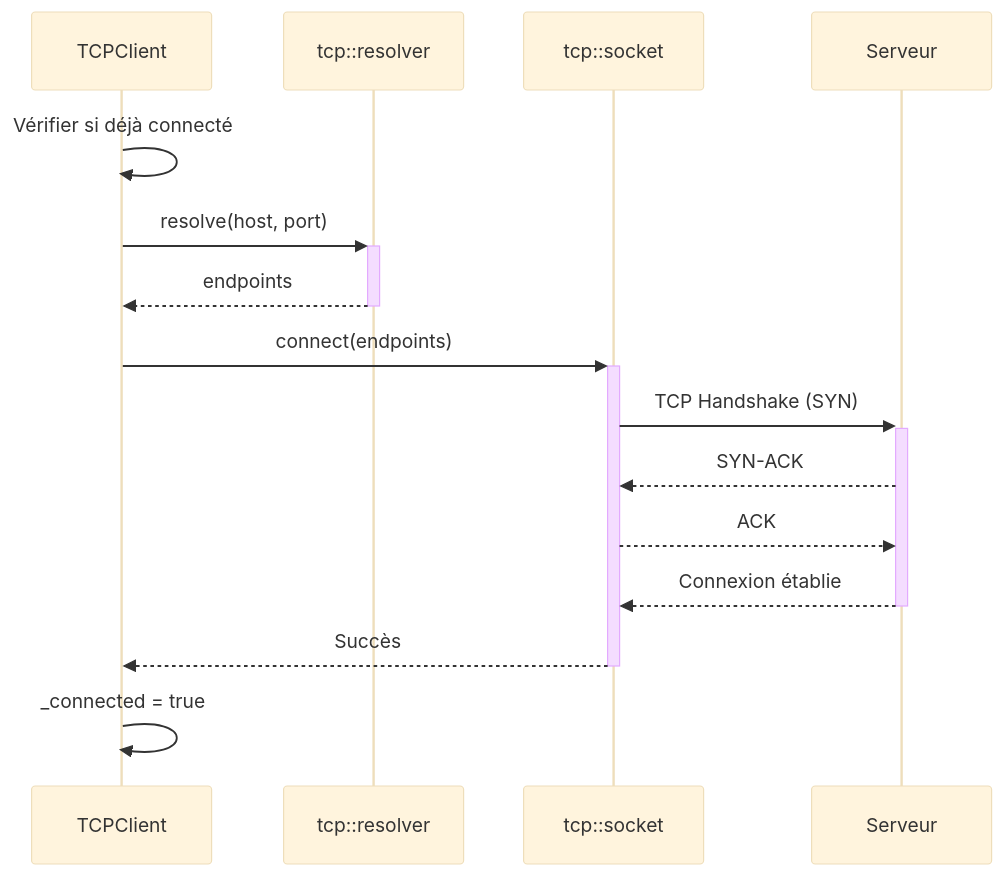
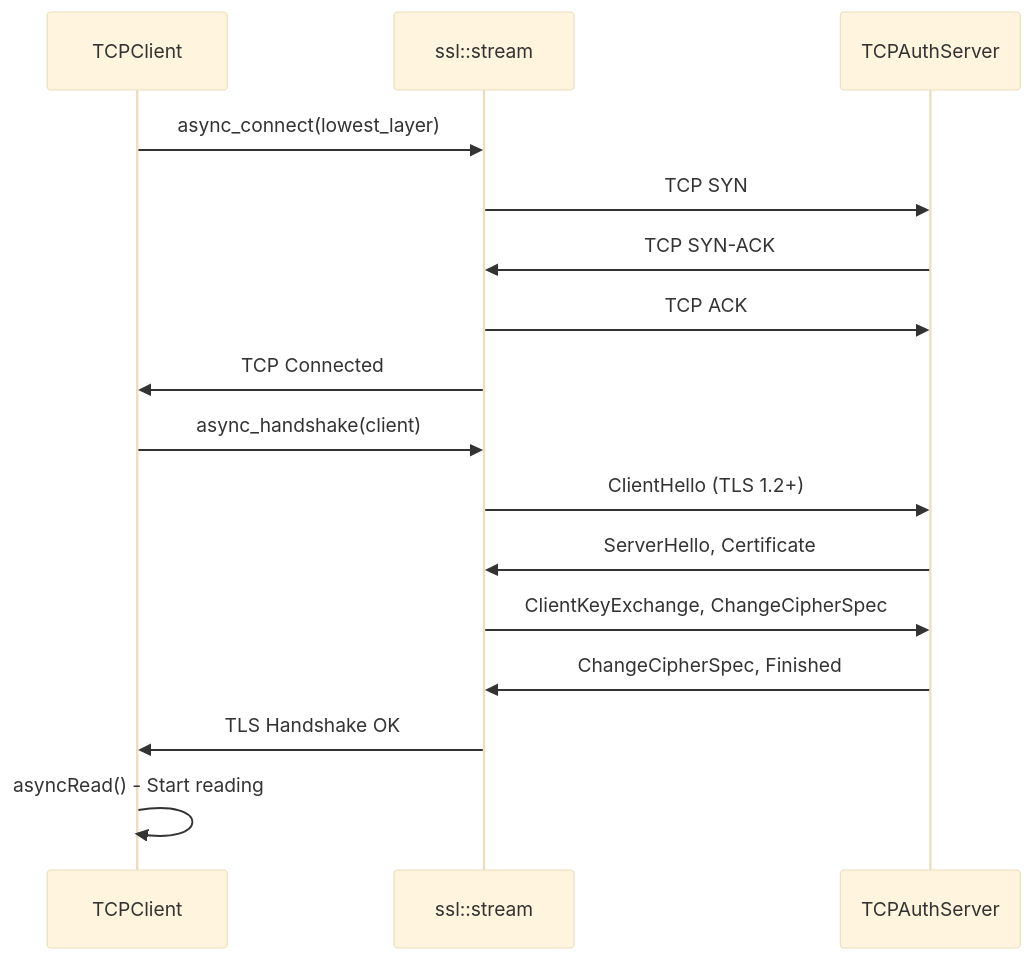
Before and after one commit to ChrisG-L/rtype: the second of 3 diagrams in docs/client/network/tcp-client.md, drawn with Mermaid (base theme). The commit also changed other lines of this file and 38 other files, not shown here.

````diff
--- a/docs/client/network/tcp-client.md
+++ b/docs/client/network/tcp-client.md
@@ -212,20 +224,21 @@
 ```mermaid
 sequenceDiagram
     participant Client as TCPClient
-    participant Resolver as tcp::resolver
-    participant Socket as tcp::socket
-    participant Server as Serveur
+    participant Socket as ssl::stream
+    participant Server as TCPAuthServer
 
-    Client->>Client: Vérifier si déjà connecté
-    Client->>+Resolver: resolve(host, port)
-    Resolver-->>-Client: endpoints
+    Client->>Socket: async_connect(lowest_layer)
+    Socket->>Server: TCP SYN
+    Server->>Socket: TCP SYN-ACK
+    Socket->>Server: TCP ACK
+    Socket->>Client: TCP Connected
 
-    Client->>+Socket: connect(endpoints)
-    Socket->>+Server: TCP Handshake (SYN)
-    Server-->>Socket: SYN-ACK
-    Socket-->>Server: ACK
-    Server-->>-Socket: Connexion établie
-    Socket-->>-Client: Succès
+    Client->>Socket: async_handshake(client)
+    Socket->>Server: ClientHello (TLS 1.2+)
+    Server->>Socket: ServerHello, Certificate
+    Socket->>Server: ClientKeyExchange, ChangeCipherSpec
+    Server->>Socket: ChangeCipherSpec, Finished
+    Socket->>Client: TLS Handshake OK
 
-    Client->>Client: _connected = true
+    Client->>Client: asyncRead() - Start reading
 ```
````
